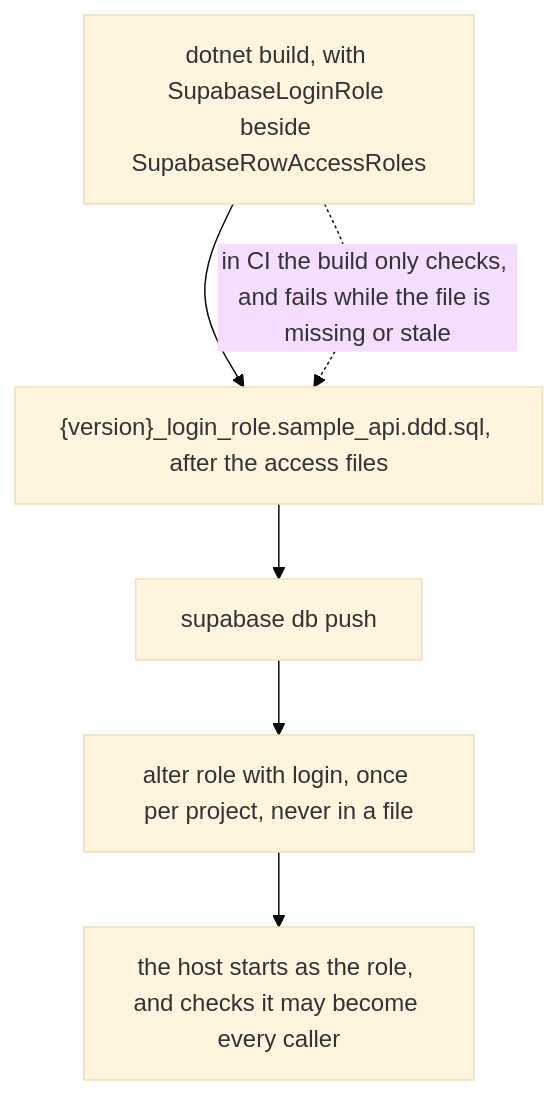
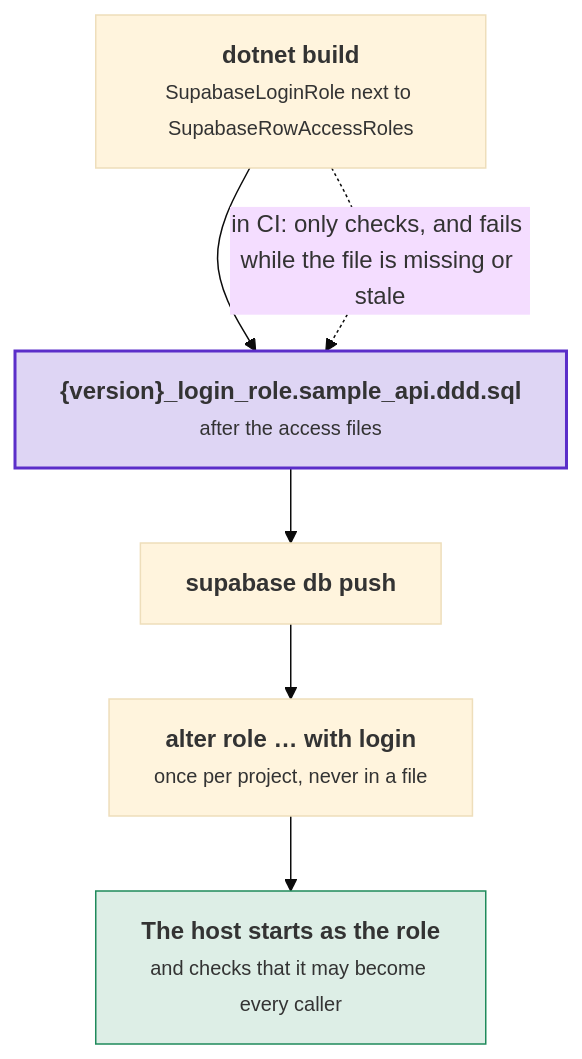
The ninth of 10 diagrams in docs/supabase.md (DylanSnel/DDDToolkit), drawn with Mermaid (base theme) before and after one commit. The commit also changed other lines of this file and 41 other files, not shown here.

First line of the commit message:
Docs: plain prose, one word per concept, and readable diagrams on every page

````diff
--- a/docs/supabase.md
+++ b/docs/supabase.md
@@ -1168,8 +1373,17 @@
 ```mermaid
 flowchart TB
-    Build["dotnet build, with SupabaseLoginRole beside SupabaseRowAccessRoles"] --> File["{version}_login_role.sample_api.ddd.sql, after the access files"]
-    File --> Push["supabase db push"]
-    Push --> Login["alter role with login, once per project, never in a file"]
-    Login --> Start["the host starts as the role, and checks it may become every caller"]
-    Build -. "in CI the build only checks, and fails while the file is missing or stale" .-> File
+    build["<b>dotnet build</b><br/><small>SupabaseLoginRole next to SupabaseRowAccessRoles</small>"]
+    file["<b>{version}_login_role.sample_api.ddd.sql</b><br/><small>after the access files</small>"]
+    push["<b>supabase db push</b>"]
+    login["<b>alter role … with login</b><br/><small>once per project, never in a file</small>"]
+    start["<b>The host starts as the role</b><br/><small>and checks that it may become every caller</small>"]
+    build --> file
+    file --> push
+    push --> login
+    login --> start
+    build -. "in CI: only checks, and fails while the file is missing or stale" .-> file
+    classDef strong fill:#5b2ec933,stroke:#5b2ec9,stroke-width:2px
+    classDef good fill:#1f8a5b26,stroke:#1f8a5b
+    class file strong
+    class start good
 ```
````
